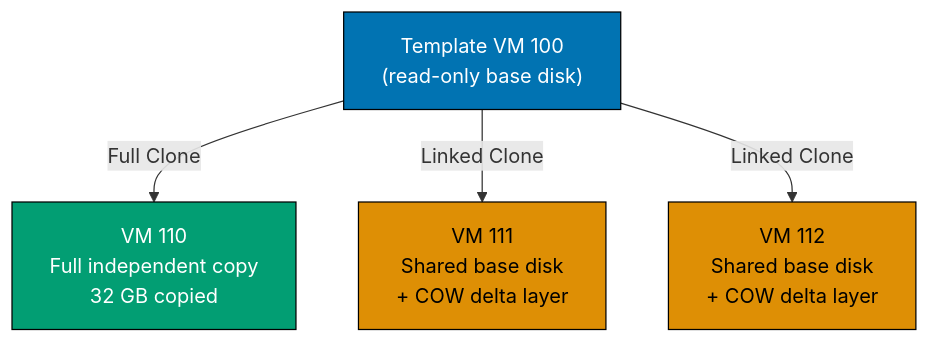
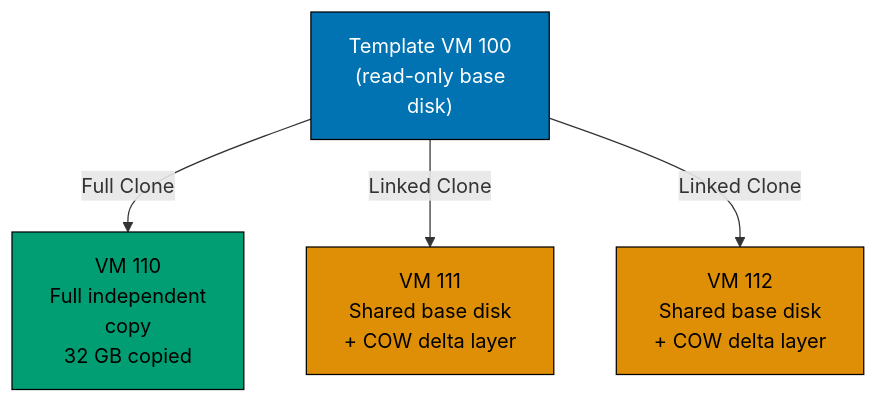
The ninth of 9 diagrams in apps/ayokoding-www/content/en/learn/legacy/software-engineering/infrastructure/tools/proxmox/by-example/beginner.md (wahidyankf/ose-public), drawn with Mermaid before and after one commit. The commit also changed other lines of this file and 131 other files, not shown here.

First line of the commit message:
fix(mermaid): bring the legacy data, infrastructure, and testing diagrams onto the accessible palette

````diff
--- a/apps/ayokoding-www/content/en/learn/legacy/software-engineering/infrastructure/tools/proxmox/by-example/beginner.md
+++ b/apps/ayokoding-www/content/en/learn/legacy/software-engineering/infrastructure/tools/proxmox/by-example/beginner.md
@@ -1253,12 +1308,18 @@
 ```mermaid
 %% Color Palette: Blue #0173B2, Orange #DE8F05, Teal #029E73, Purple #CC78BC, Brown #CA9161
 graph TD
-    A["Template VM 100<br/>(read-only base disk)"] -->|Full Clone| B["VM 110<br/>Full independent copy<br/>32 GB copied"]
+    accTitle: Example 26: Clone a VM — Full Clone vs Linked Clone
+    accDescr: Graph with 4 nodes and 3 connections. Nodes: Template VM 100 (read-only base disk), VM 110 Full independent copy 32 GB copied, VM 111 Shared base disk + COW delta layer, VM 112 Shared base disk + COW delta layer. Connections: Template VM 100 (read-only base disk) to VM 110 Full independent copy 32 GB copied (Full Clone), Template VM 100 (read-only base disk) to VM 111 Shared base disk + COW delta layer (Linked Clone), Template VM 100 (read-only base disk) to VM 112 Shared base disk + COW delta layer (Linked Clone).
+    A["Template VM 100<br/>(read-only base<br/>disk)"] -->|Full Clone| B["VM 110<br/>Full independent<br/>copy<br/>32 GB copied"]
     A -->|Linked Clone| C["VM 111<br/>Shared base disk<br/>+ COW delta layer"]
     A -->|Linked Clone| D["VM 112<br/>Shared base disk<br/>+ COW delta layer"]
 
-    style A fill:#0173B2,color:#fff,stroke:#000
-    style B fill:#029E73,color:#fff,stroke:#000
-    style C fill:#DE8F05,color:#000,stroke:#000
-    style D fill:#DE8F05,color:#000,stroke:#000
+    classDef pal-0173B2 fill:#0173B2,stroke:#000000,color:#FFFFFF
+    class A pal-0173B2
+    classDef pal-029E73 fill:#029E73,stroke:#000000,color:#000000
+    class B pal-029E73
+    classDef pal-DE8F05 fill:#DE8F05,stroke:#000000,color:#000000
+    class C pal-DE8F05
+    class D pal-DE8F05
+    classDef default fill:#FFFFFF,stroke:#000000,color:#000000
 ```
````
